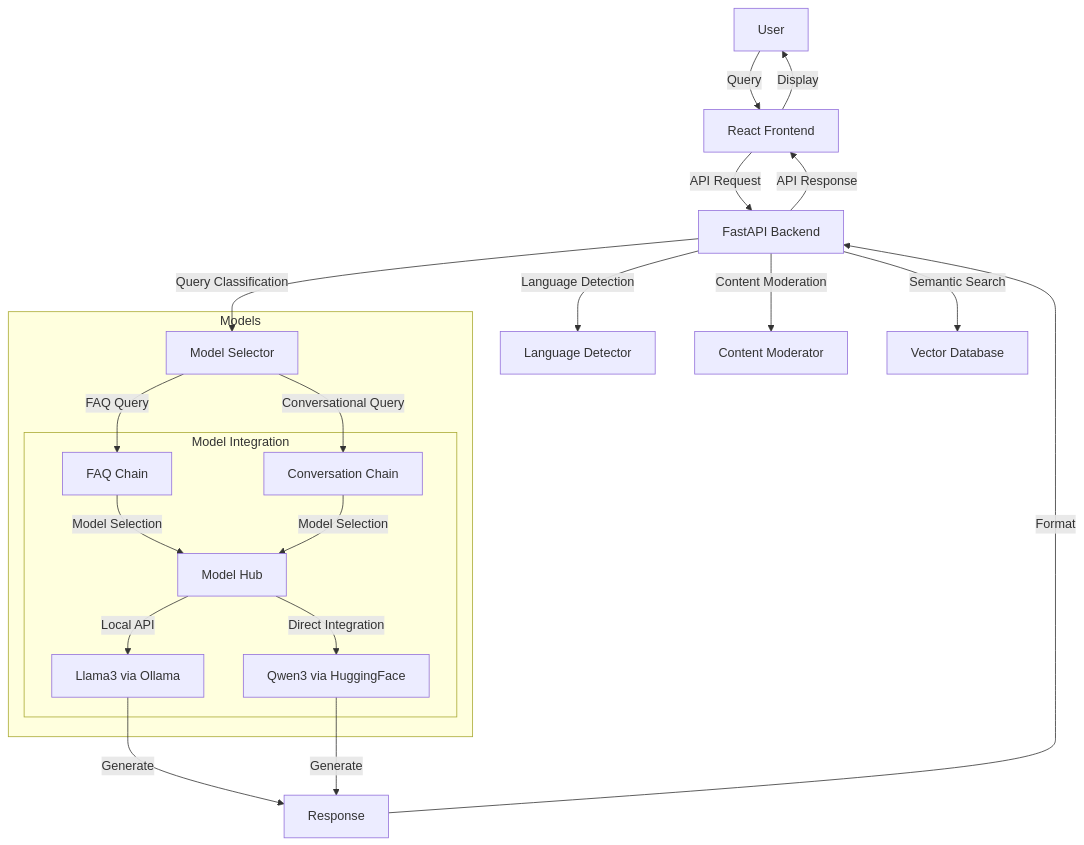
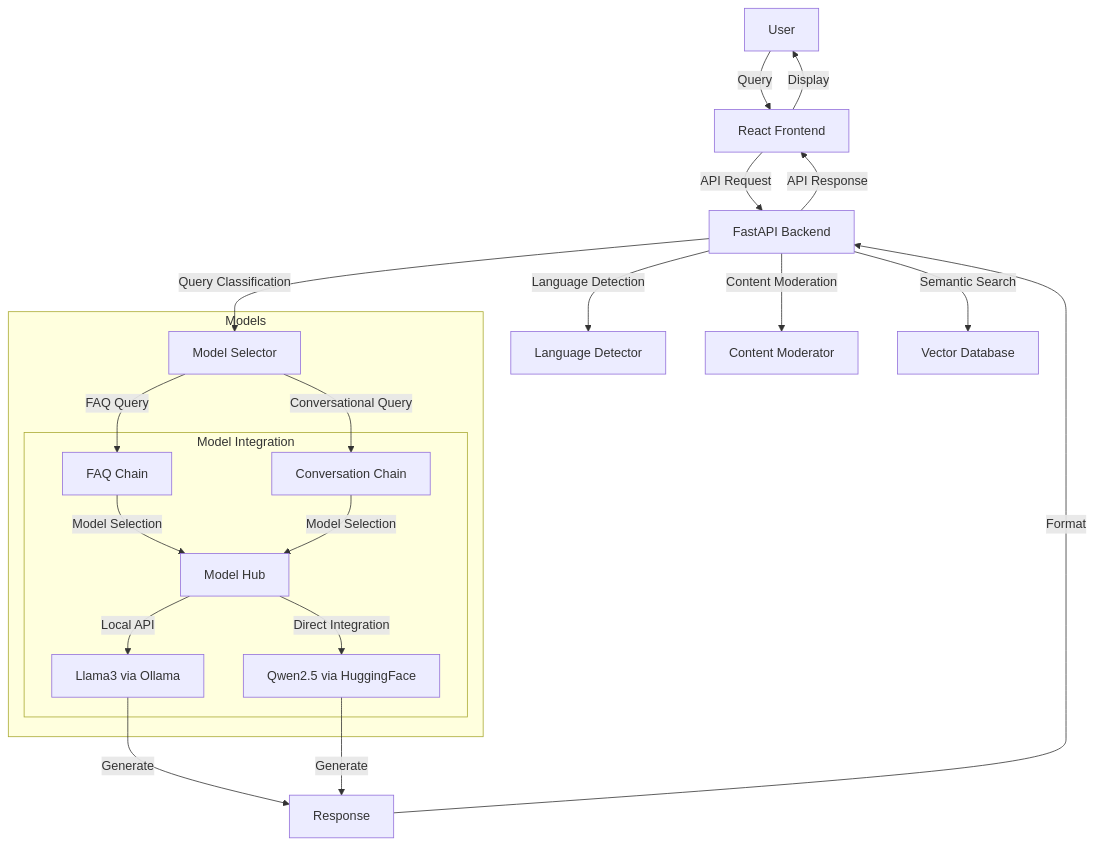
One commit to yazeedmshayekh2/Exodus changed the first of 3 diagrams in README.md. Above: the diagram before and after it, drawn with Mermaid. The commit also changed other lines of this file and 10 other files, not shown here.

````diff
--- a/README.md
+++ b/README.md
@@ -20,27 +24,27 @@
 ```mermaid
 graph TD
     User[User] -->|Query| Frontend[React Frontend]
     Frontend -->|API Request| Backend[FastAPI Backend]
     Backend -->|Language Detection| LangDetect[Language Detector]
     Backend -->|Content Moderation| Moderation[Content Moderator]
     Backend -->|Semantic Search| VectorDB[Vector Database]
     Backend -->|Query Classification| ModelSelector[Model Selector]
     
     subgraph Models
         ModelSelector -->|FAQ Query| FAQ[FAQ Chain]
         ModelSelector -->|Conversational Query| Conv[Conversation Chain]
         
         subgraph "Model Integration"
             FAQ -->|Model Selection| ModelHub[Model Hub]
             Conv -->|Model Selection| ModelHub
             ModelHub -->|Local API| Ollama[Llama3 via Ollama]
-            ModelHub -->|Direct Integration| HF[Qwen3 via HuggingFace]
+            ModelHub -->|Direct Integration| HF[Qwen2.5 via HuggingFace]
         end
     end
     
     Ollama -->|Generate| Response[Response]
     HF -->|Generate| Response
     Response -->|Format| Backend
     Backend -->|API Response| Frontend
     Frontend -->|Display| User
 ```
````
